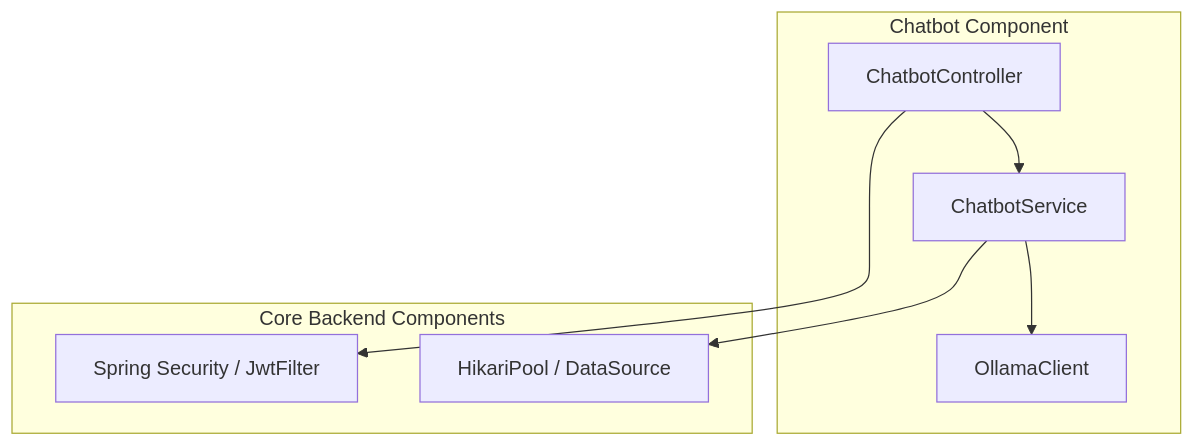
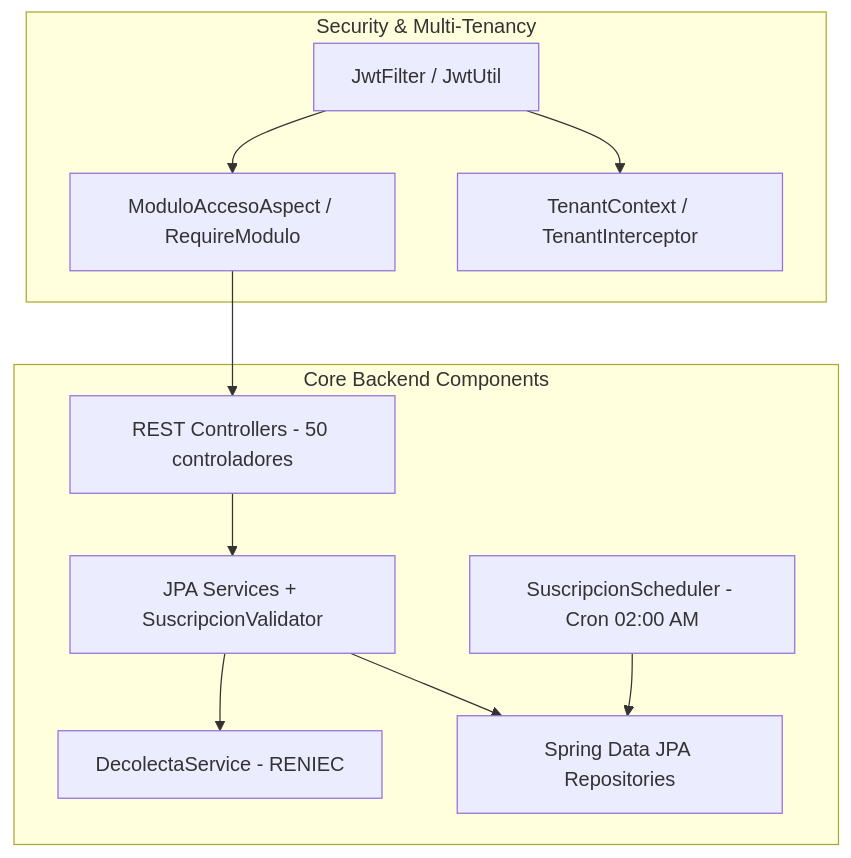
Before and after one commit to Xoryex/Proyecto_Escuela: the tenth of 17 diagrams in Mis_documentos/Informe_ING_Software.md, drawn with Mermaid. The commit also changed other lines of this file and 9 other files, not shown here.

````diff
--- a/Mis_documentos/Informe_ING_Software.md
+++ b/Mis_documentos/Informe_ING_Software.md
@@ -1124,18 +1118,24 @@
 ```mermaid
 graph TB
-    subgraph Chatbot Component
-        ctrl[ChatbotController]
-        serv[ChatbotService]
-        client[OllamaClient]
+    subgraph Security & Multi-Tenancy
+        jwt[JwtFilter / JwtUtil]
+        rbac[ModuloAccesoAspect / RequireModulo]
+        tenant[TenantContext / TenantInterceptor]
     end
 
     subgraph Core Backend Components
-        security[Spring Security / JwtFilter]
-        datasource[HikariPool / DataSource]
+        ctrls[REST Controllers - 50 controladores]
+        servs[JPA Services + SuscripcionValidator]
+        sched[SuscripcionScheduler - Cron 02:00 AM]
+        reniec[DecolectaService - RENIEC]
+        repos[Spring Data JPA Repositories]
     end
 
-    ctrl --> security
-    ctrl --> serv
-    serv --> client
-    serv --> datasource
+    jwt --> tenant
+    jwt --> rbac
+    rbac --> ctrls
+    ctrls --> servs
+    servs --> repos
+    servs --> reniec
+    sched --> repos
 ```
````
